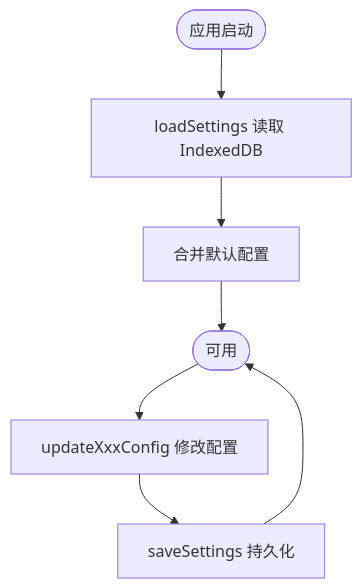
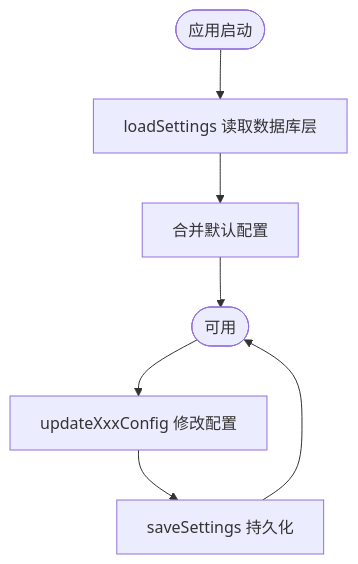
Before and after one commit to AlbusWei/AI-Image-Studio: the sixth of 14 diagrams in .qoder/repowiki/zh/content/架构设计/数据流设计/Zustand 状态管理/Zustand 状态管理.md, drawn with Mermaid. The commit also changed other lines of this file and 37 other files, not shown here.

````diff
--- a/.qoder/repowiki/zh/content/架构设计/数据流设计/Zustand 状态管理/Zustand 状态管理.md
+++ b/.qoder/repowiki/zh/content/架构设计/数据流设计/Zustand 状态管理/Zustand 状态管理.md
@@ -335,9 +368,9 @@
 ```mermaid
 flowchart TD
-Init(["应用启动"]) --> Load["loadSettings 读取 IndexedDB"]
+Init(["应用启动"]) --> Load["loadSettings 读取数据库层"]
 Load --> Merge["合并默认配置"]
 Merge --> Ready(["可用"])
 Ready --> Update["updateXxxConfig 修改配置"]
 Update --> Save["saveSettings 持久化"]
 Save --> Ready
 ```
````
